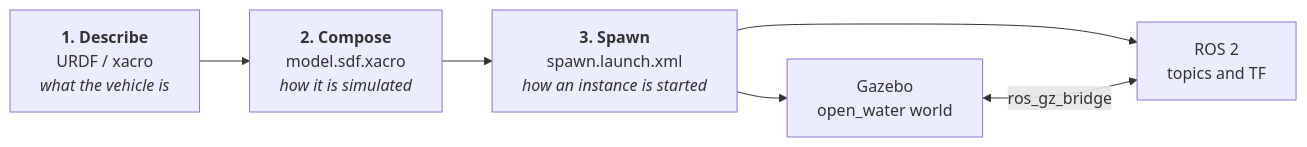
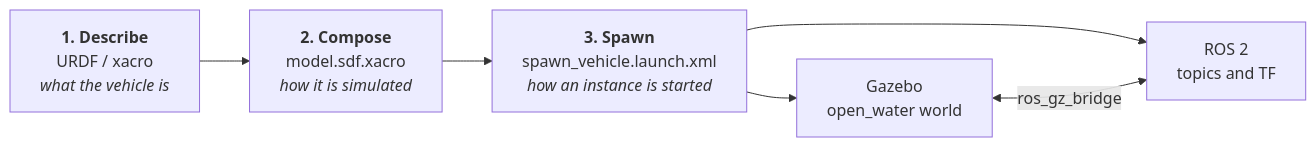
Before and after one commit to HonuRobotics/gz-maritime: the diagram in docs/how-to/own-vehicle.md, drawn with Mermaid. The commit also changed other lines of this file and 28 other files, not shown here.

````diff
--- a/docs/how-to/own-vehicle.md
+++ b/docs/how-to/own-vehicle.md
@@ -25,12 +25,12 @@
 ```{mermaid}
 flowchart LR
   A["<b>1. Describe</b><br/>URDF / xacro<br/><i>what the vehicle is</i>"]
   B["<b>2. Compose</b><br/>model.sdf.xacro<br/><i>how it is simulated</i>"]
-  C["<b>3. Spawn</b><br/>spawn.launch.xml<br/><i>how an instance is started</i>"]
+  C["<b>3. Spawn</b><br/>spawn_vehicle.launch.xml<br/><i>how an instance is started</i>"]
   G["Gazebo<br/>open_water world"]
   R["ROS 2<br/>topics and TF"]
   A --> B --> C
   C --> G
   C --> R
   G <-->|ros_gz_bridge| R
 ```
````
